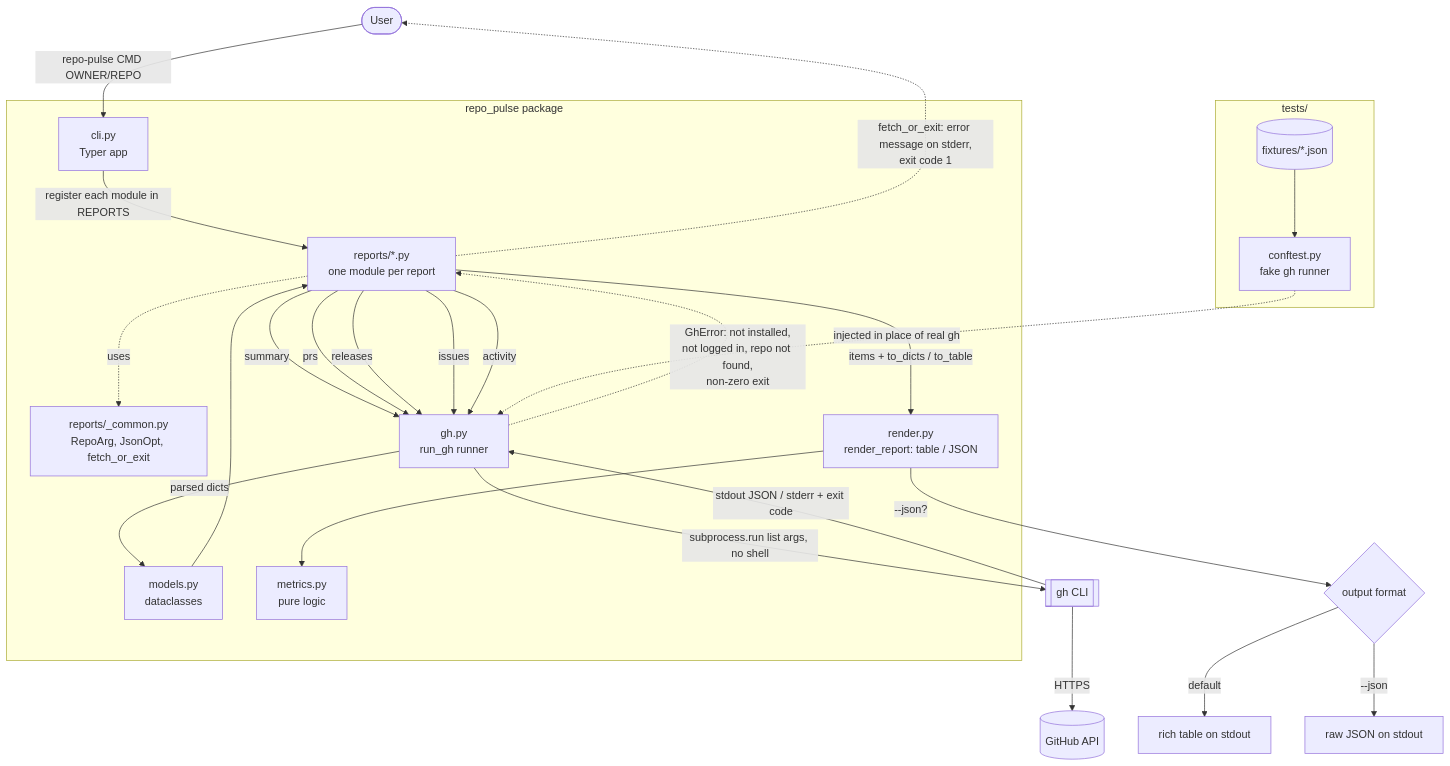
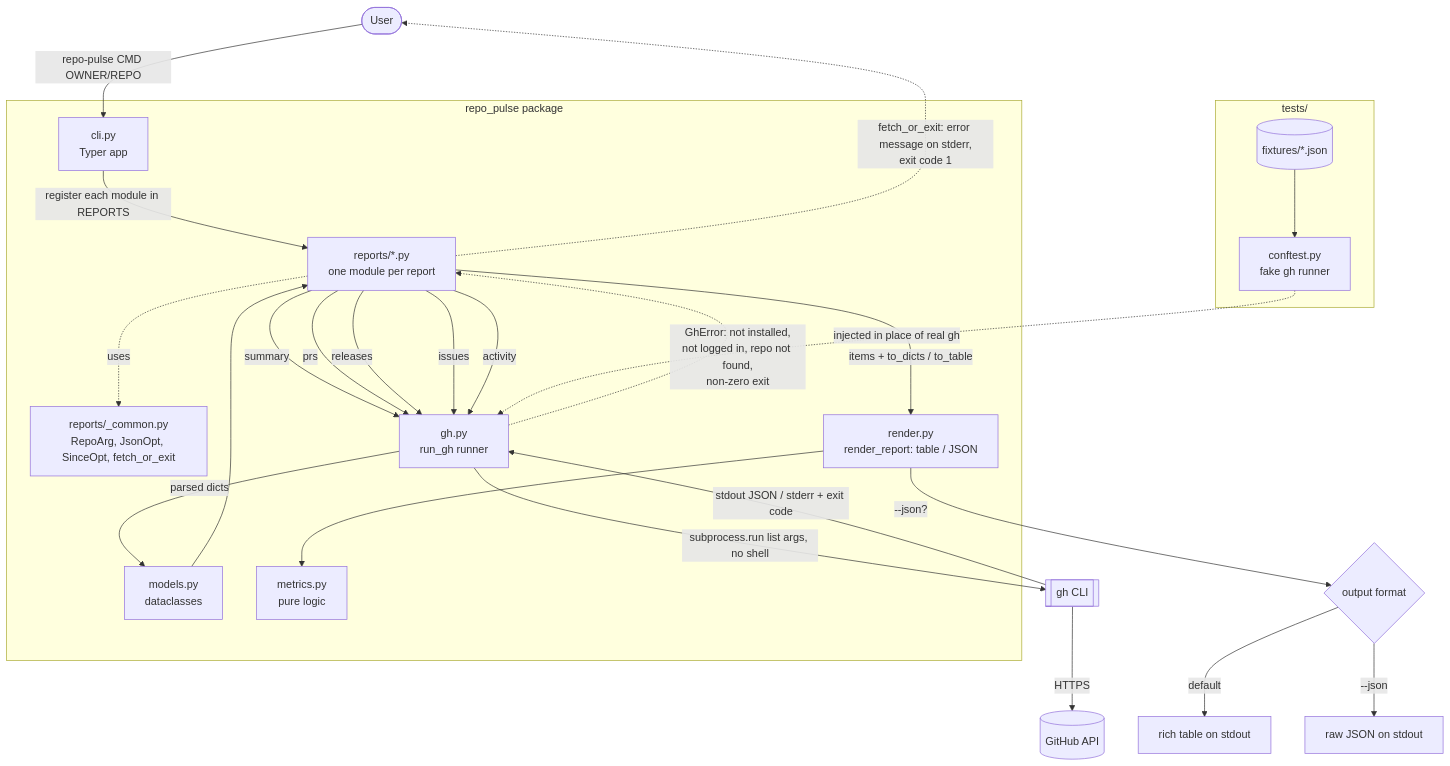
Before and after one commit to ritullportfolio/repo-pulse: the first of 3 diagrams in docs/architecture.md, drawn with Mermaid. The commit also changed other lines of this file and 12 other files, not shown here.

````diff
--- a/docs/architecture.md
+++ b/docs/architecture.md
@@ -20,44 +20,44 @@
 ```mermaid
 flowchart TD
     User([User]) -->|repo-pulse CMD OWNER/REPO| CLI
 
     subgraph repo_pulse [repo_pulse package]
         CLI[cli.py<br/>Typer app]
         Reports[reports/*.py<br/>one module per report]
-        Common[reports/_common.py<br/>RepoArg, JsonOpt, fetch_or_exit]
+        Common[reports/_common.py<br/>RepoArg, JsonOpt, SinceOpt, fetch_or_exit]
         GH[gh.py<br/>run_gh runner]
         Models[models.py<br/>dataclasses]
         Metrics[metrics.py<br/>pure logic]
         Render[render.py<br/>render_report: table / JSON]
     end
 
     CLI -->|register each module in REPORTS| Reports
     Reports -.->|uses| Common
 
     Reports -->|summary| GH
     Reports -->|prs| GH
     Reports -->|releases| GH
     Reports -->|issues| GH
     Reports -->|activity| GH
 
     GH -->|subprocess.run list args, no shell| GhCLI[[gh CLI]]
     GhCLI -->|HTTPS| GitHub[(GitHub API)]
     GhCLI -->|stdout JSON / stderr + exit code| GH
 
     GH -->|parsed dicts| Models
     GH -.->|GhError: not installed,<br/>not logged in, repo not found,<br/>non-zero exit| Reports
     Models --> Reports
     Reports -->|items + to_dicts / to_table| Render
     Render --> Metrics
     Render -->|--json?| Choice{output format}
     Choice -->|default| Table[rich table on stdout]
     Choice -->|--json| JSON[raw JSON on stdout]
     Reports -.->|fetch_or_exit: error message on stderr,<br/>exit code 1| User
 
     subgraph tests [tests/]
         Fake[conftest.py<br/>fake gh runner]
         Fixtures[(fixtures/*.json)]
     end
     Fixtures --> Fake
     Fake -.->|injected in place of real gh| GH
 ```
````
